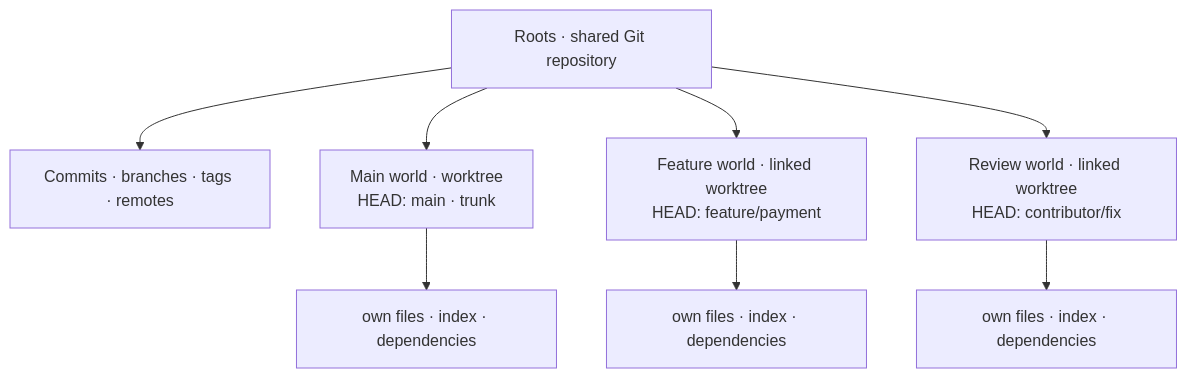
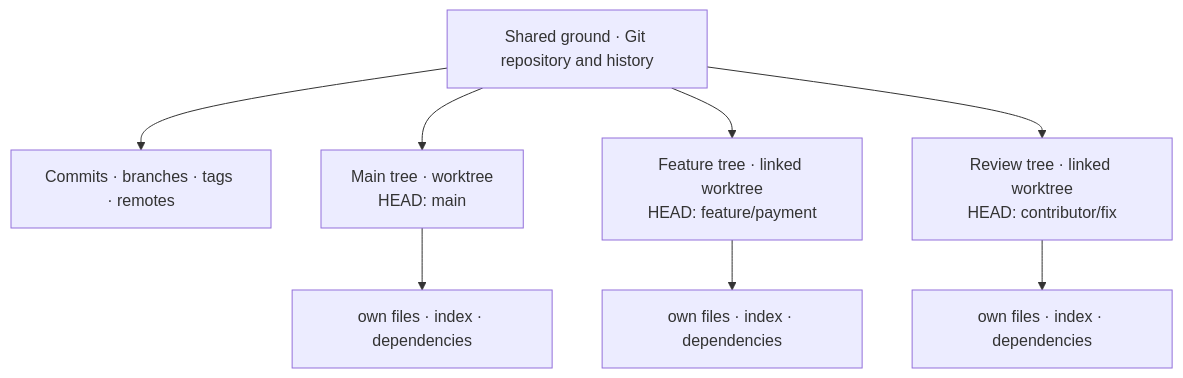
One commit to phillippbertram/wald-worktree changed the first of 3 diagrams in docs/worktrees.md. Above: the diagram before and after it, drawn with Mermaid. The commit also changed other lines of this file and 90 other files, not shown here.

````diff
--- a/docs/worktrees.md
+++ b/docs/worktrees.md
@@ -34,12 +33,12 @@
 ```mermaid
 flowchart TB
-    Repo["Roots · shared Git repository"]
+    Repo["Shared ground · Git repository and history"]
     Repo --> History["Commits · branches · tags · remotes"]
-    Repo --> Main["Main world · worktree<br/>HEAD: main · trunk"]
-    Repo --> Feature["Feature world · linked worktree<br/>HEAD: feature/payment"]
-    Repo --> Review["Review world · linked worktree<br/>HEAD: contributor/fix"]
+    Repo --> Main["Main tree · worktree<br/>HEAD: main"]
+    Repo --> Feature["Feature tree · linked worktree<br/>HEAD: feature/payment"]
+    Repo --> Review["Review tree · linked worktree<br/>HEAD: contributor/fix"]
 
     Main --> MainFiles["own files · index · dependencies"]
     Feature --> FeatureFiles["own files · index · dependencies"]
     Review --> ReviewFiles["own files · index · dependencies"]
 ```
````
